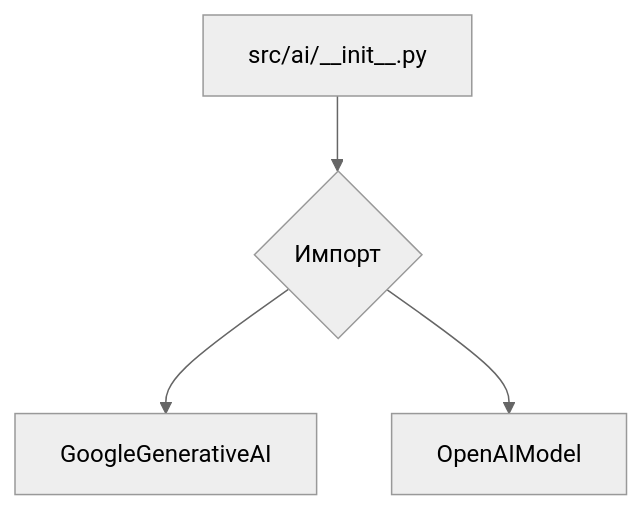
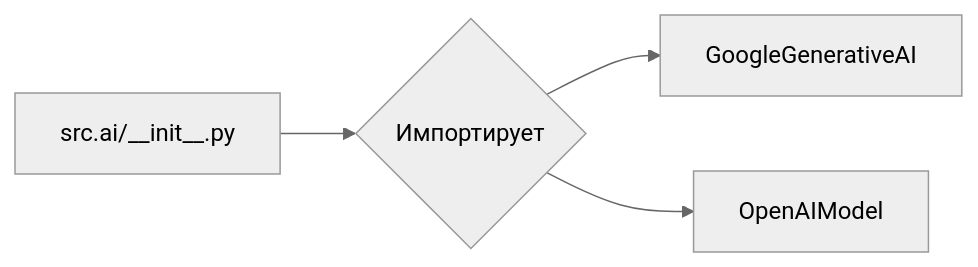
Before and after one commit to hypo69/hypo: the first of 2 diagrams in docs/gemini/ru/explainer/src/ai/__init__.md, drawn with Mermaid (neutral theme). The commit also changed other lines of this file and 877 other files, not shown here.

````diff
--- a/docs/gemini/ru/explainer/src/ai/__init__.md
+++ b/docs/gemini/ru/explainer/src/ai/__init__.md
@@ -26,6 +24,6 @@
 ```mermaid
-graph TD
-    A[src/ai/__init__.py] --> B{Импорт};
+graph LR
+    A[src.ai/__init__.py] --> B{Импортирует};
     B --> C[GoogleGenerativeAI];
     B --> D[OpenAIModel];
 ```
````
